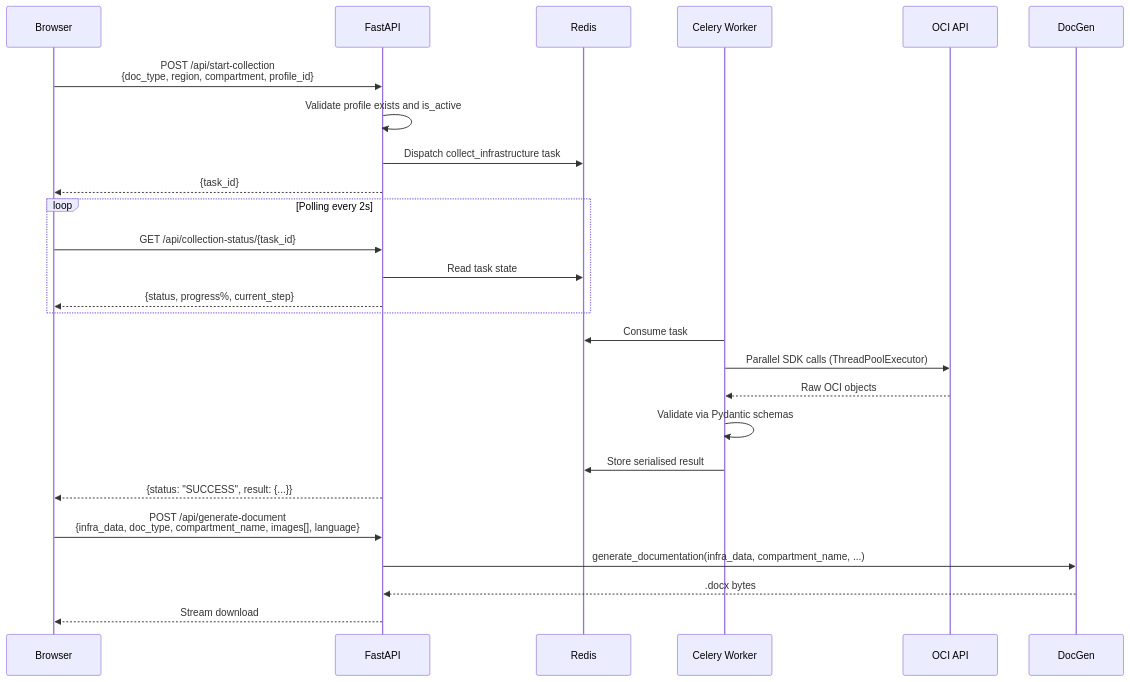
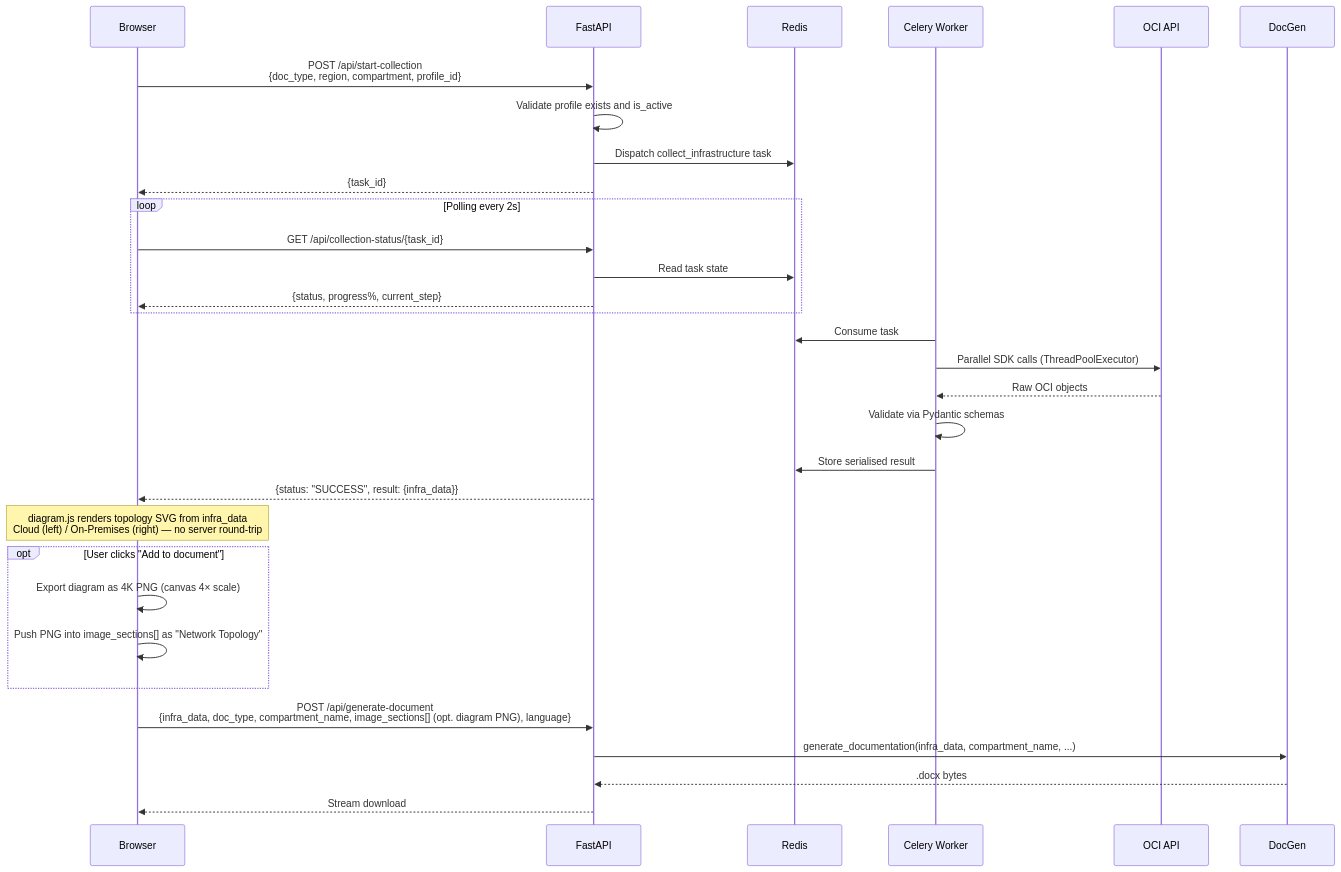
One commit to Pedr0Teixeira/oci-docgen changed the second of 9 diagrams in README.md. Above: the diagram before and after it, drawn with Mermaid. The commit also changed other lines of this file and 8 other files, not shown here.

````diff
--- a/README.md
+++ b/README.md
@@ -175,32 +176,39 @@
 ```mermaid
 sequenceDiagram
   participant B as Browser
   participant A as FastAPI
   participant R as Redis
   participant C as Celery Worker
   participant O as OCI API
 
   B->>A: POST /api/start-collection<br/>{doc_type, region, compartment, profile_id}
   A->>A: Validate profile exists and is_active
   A->>R: Dispatch collect_infrastructure task
   A-->>B: {task_id}
 
   loop Polling every 2s
     B->>A: GET /api/collection-status/{task_id}
     A->>R: Read task state
     A-->>B: {status, progress%, current_step}
   end
 
   C->>R: Consume task
   C->>O: Parallel SDK calls (ThreadPoolExecutor)
   O-->>C: Raw OCI objects
   C->>C: Validate via Pydantic schemas
   C->>R: Store serialised result
 
-  A-->>B: {status: "SUCCESS", result: {...}}
+  A-->>B: {status: "SUCCESS", result: {infra_data}}
 
-  B->>A: POST /api/generate-document<br/>{infra_data, doc_type, compartment_name, images[], language}
+  Note over B: diagram.js renders topology SVG from infra_data<br/>Cloud (left) / On-Premises (right) — no server round-trip
+
+  opt User clicks "Add to document"
+    B->>B: Export diagram as 4K PNG (canvas 4× scale)
+    B->>B: Push PNG into image_sections[] as "Network Topology"
+  end
+
+  B->>A: POST /api/generate-document<br/>{infra_data, doc_type, compartment_name, image_sections[] (opt. diagram PNG), language}
   A->>DocGen: generate_documentation(infra_data, compartment_name, ...)
   DocGen-->>A: .docx bytes
   A-->>B: Stream download
 ```
````
